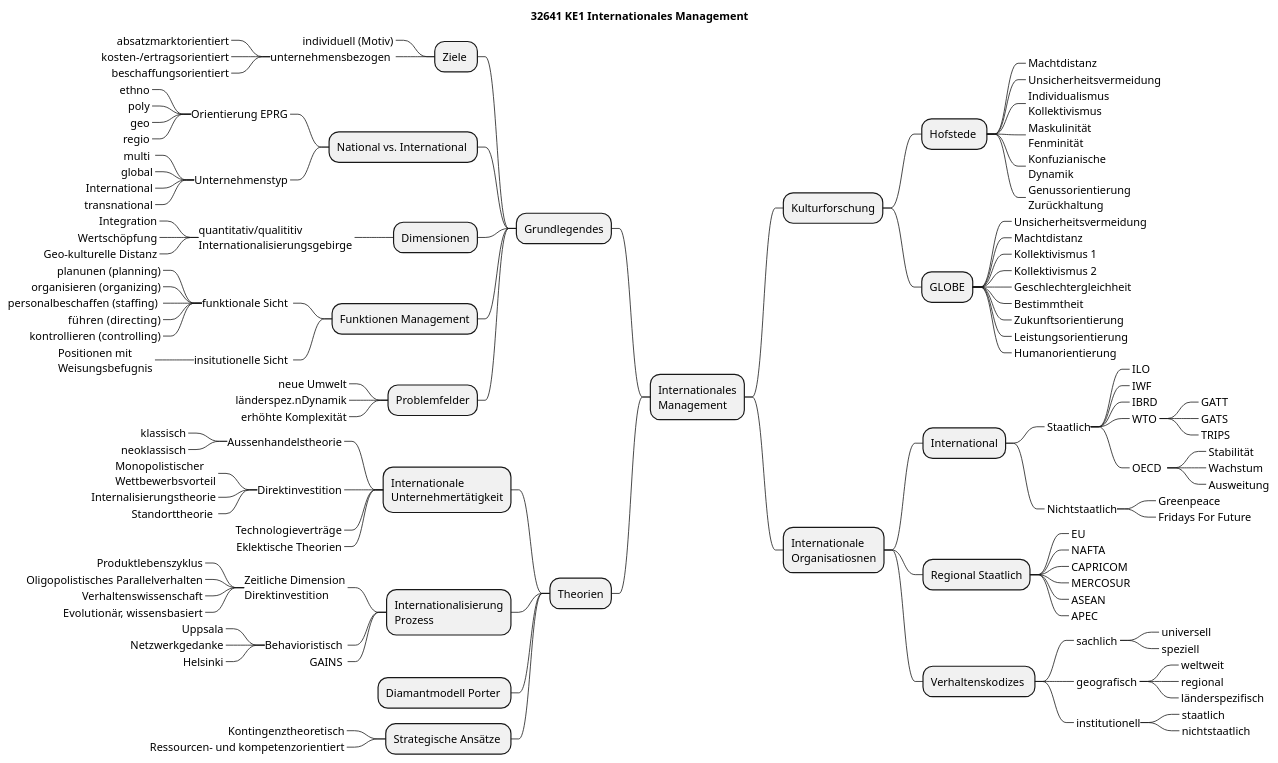
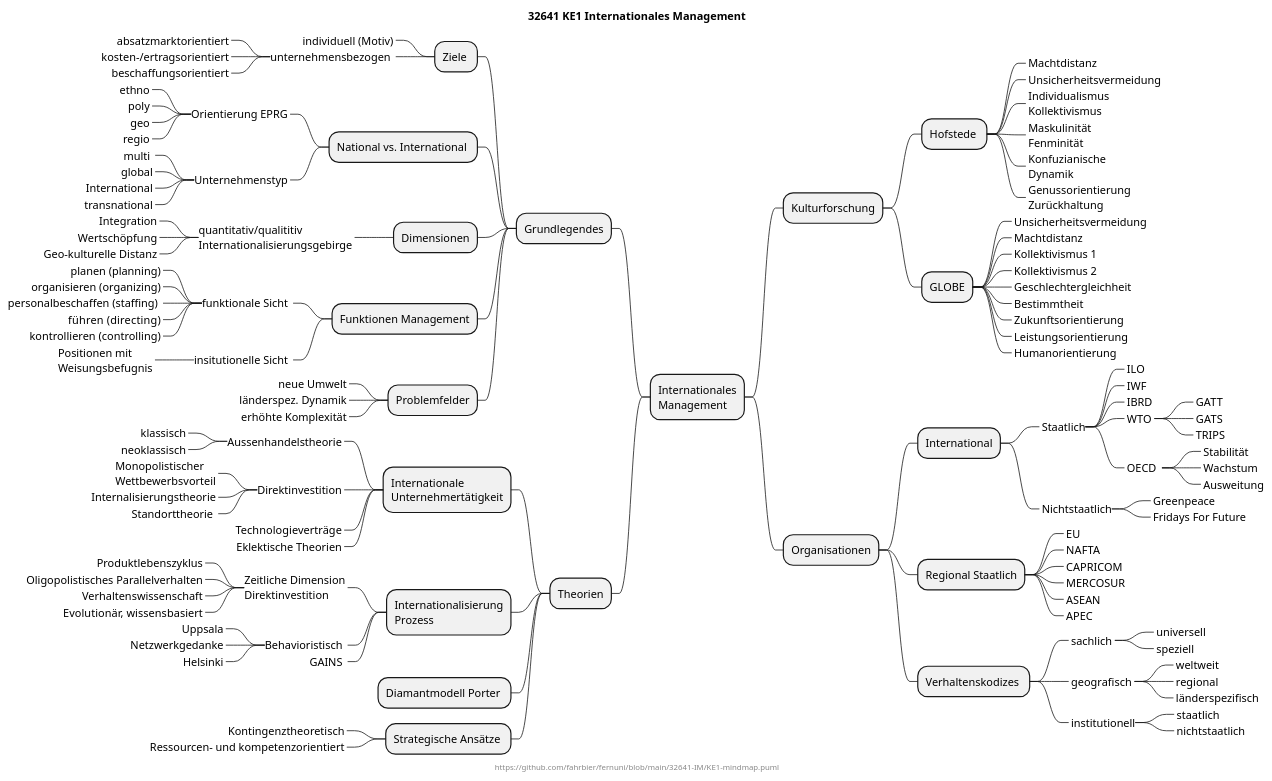
The diagram in 32641-IM/KE1-mindmap.puml (fahrbier/fernuni), drawn with PlantUML before and after one commit.

Commit message:
typos removed

```diff
--- a/32641-IM/KE1-mindmap.puml
+++ b/32641-IM/KE1-mindmap.puml
@@ -1,125 +1,126 @@
 @startmindmap
 title 32641 KE1 Internationales Management
+center footer https://github.com/fahrbier/fernuni/blob/main/32641-IM/KE1-mindmap.puml
 
 + Internationales\nManagement
 ++ Kulturforschung
 +++ Hofstede 
 ++++_ Machtdistanz
 ++++_ Unsicherheitsvermeidung
 ++++_ Individualismus\nKollektivismus
 ++++_ Maskulinität\nFenminität
 ++++_ Konfuzianische\nDynamik
 ++++_ Genussorientierung\nZurückhaltung
 +++ GLOBE
 ++++_ Unsicherheitsvermeidung
 ++++_ Machtdistanz
 ++++_ Kollektivismus 1
 ++++_ Kollektivismus 2
 ++++_ Geschlechtergleichheit
 ++++_ Bestimmtheit
 ++++_ Zukunftsorientierung
 ++++_ Leistungsorientierung
 ++++_ Humanorientierung
-++ Internationale\nOrganisatiosnen
+++ Organisationen
 +++ International
 ++++_ Staatlich
 +++++_ ILO 
 +++++_ IWF 
 +++++_ IBRD 
 +++++_ WTO 
 ++++++_ GATT 
 ++++++_ GATS  
 ++++++_ TRIPS 
 +++++_ OECD  
 ++++++_ Stabilität 
 ++++++_ Wachstum 
 ++++++_ Ausweitung 
 ++++_ Nichtstaatlich
 +++++_ Greenpeace
 +++++_ Fridays For Future 
 +++ Regional Staatlich
 ++++_ EU 
 ++++_ NAFTA 
 ++++_ CAPRICOM 
 ++++_ MERCOSUR
 ++++_ ASEAN 
 ++++_ APEC
 +++ Verhaltenskodizes 
 ++++_ sachlich 
 +++++_ universell
 +++++_ speziell
 
 ++++_ geografisch 
 +++++_ weltweit
 +++++_ regional
 +++++_ länderspezifisch
 
 ++++_ institutionell
 +++++_ staatlich 
 +++++_ nichtstaatlich
 
 
 -- Grundlegendes
 --- Ziele 
 ----_ individuell (Motiv)
 ----_ unternehmensbezogen 
 -----_ absatzmarktorientiert
 -----_ kosten-/ertragsorientiert
 -----_ beschaffungsorientiert
 --- National vs. International 
 ----_ Orientierung EPRG
 -----_ ethno
 -----_ poly
 -----_ geo
 -----_ regio
 ----_ Unternehmenstyp
 -----_ multi 
 -----_ global
 -----_ International
 -----_ transnational
 --- Dimensionen
 ----_ quantitativ/qualititiv\nInternationalisierungsgebirge
 -----_ Integration
 -----_ Wertschöpfung
 -----_ Geo-kulturelle Distanz
 --- Funktionen Management
 ----_ funktionale Sicht 
------_ planunen (planning)
+-----_ planen (planning)
 -----_ organisieren (organizing)
 -----_ personalbeschaffen (staffing) 
 -----_ führen  (directing)
 -----_ kontrollieren (controlling)
 ----_ insitutionelle Sicht 
 -----_ Positionen mit\nWeisungsbefugnis
 --- Problemfelder
 ----_ neue Umwelt
-----_ länderspez.nDynamik
+----_ länderspez. Dynamik
 ----_ erhöhte Komplexität
 -- Theorien
 --- Internationale\nUnternehmertätigkeit
 ----_ Aussenhandelstheorie
 -----_ klassisch
 -----_ neoklassisch
 ----_ Direktinvestition
 -----_ Monopolistischer\nWettbewerbsvorteil
 -----_ Internalisierungstheorie
 -----_ Standorttheorie 
 ----_ Technologieverträge
 ----_ Eklektische Theorien
 --- Internationalisierung\nProzess 
 ----_ Zeitliche Dimension\nDirektinvestition 
 -----_ Produktlebenszyklus
 -----_ Oligopolistisches Parallelverhalten
 -----_ Verhaltenswissenschaft
 -----_ Evolutionär, wissensbasiert
 ----_ Behavioristisch 
 -----_ Uppsala
 -----_ Netzwerkgedanke
 -----_ Helsinki
 ----_ GAINS 
 --- Diamantmodell Porter 
 --- Strategische Ansätze 
 ----_ Kontingenztheoretisch
 ----_ Ressourcen- und kompetenzorientiert
 
 @endmindmap
```
